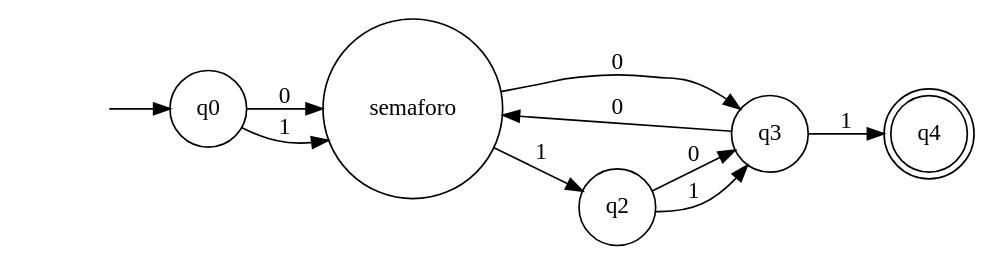
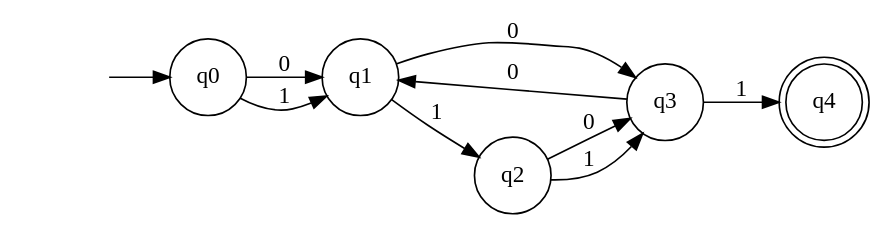
The diagram in Juego Completo.gv (CRincon115/AutomatasFinal), drawn with Graphviz before and after one commit. The commit also changed 8 other files, not shown here.

```diff
--- a/Juego Completo.gv
+++ b/Juego Completo.gv
@@ -1,18 +1,18 @@
 digraph "Juego Completo" {
 	graph [rankdir=LR]
 	"" [label="" shape=plaintext]
 	q4 [label=q4 shape=doublecircle]
+	q0 [label=q0 shape=circle]
 	q3 [label=q3 shape=circle]
-	q0 [label=q0 shape=circle]
-	semaforo [label=semaforo shape=circle]
+	q1 [label=q1 shape=circle]
 	q2 [label=q2 shape=circle]
 	"" -> q0 [label=""]
-	q0 -> semaforo [label=0]
-	q0 -> semaforo [label=1]
-	semaforo -> q3 [label=0]
-	semaforo -> q2 [label=1]
+	q0 -> q1 [label=0]
+	q0 -> q1 [label=1]
+	q1 -> q3 [label=0]
+	q1 -> q2 [label=1]
 	q2 -> q3 [label=0]
 	q2 -> q3 [label=1]
-	q3 -> semaforo [label=0]
+	q3 -> q1 [label=0]
 	q3 -> q4 [label=1]
 }
```
